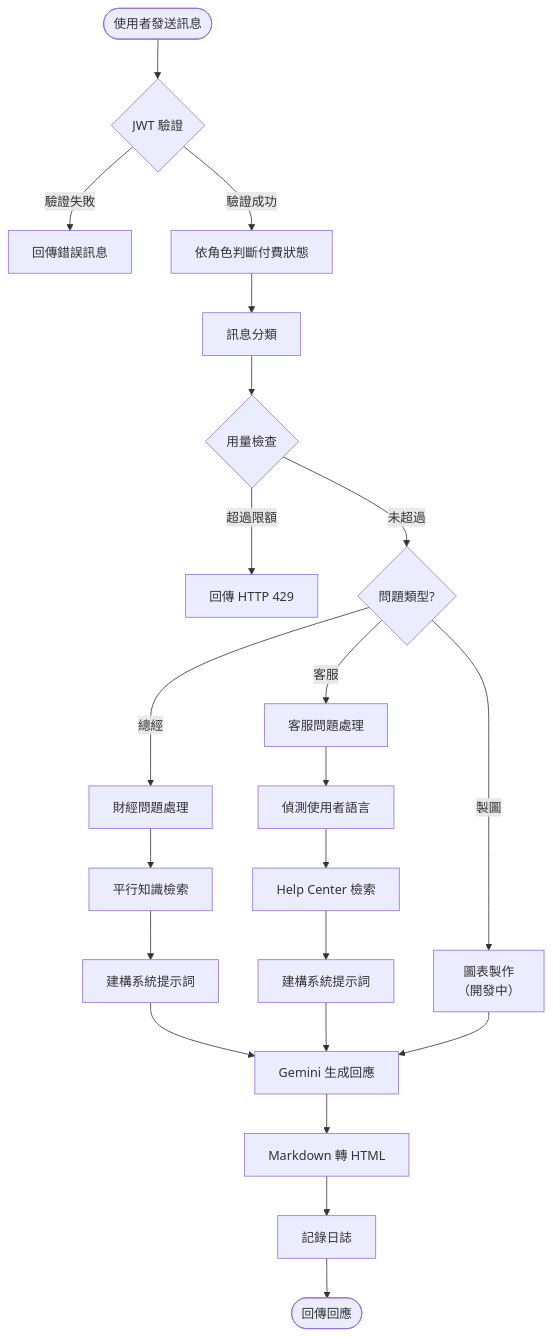
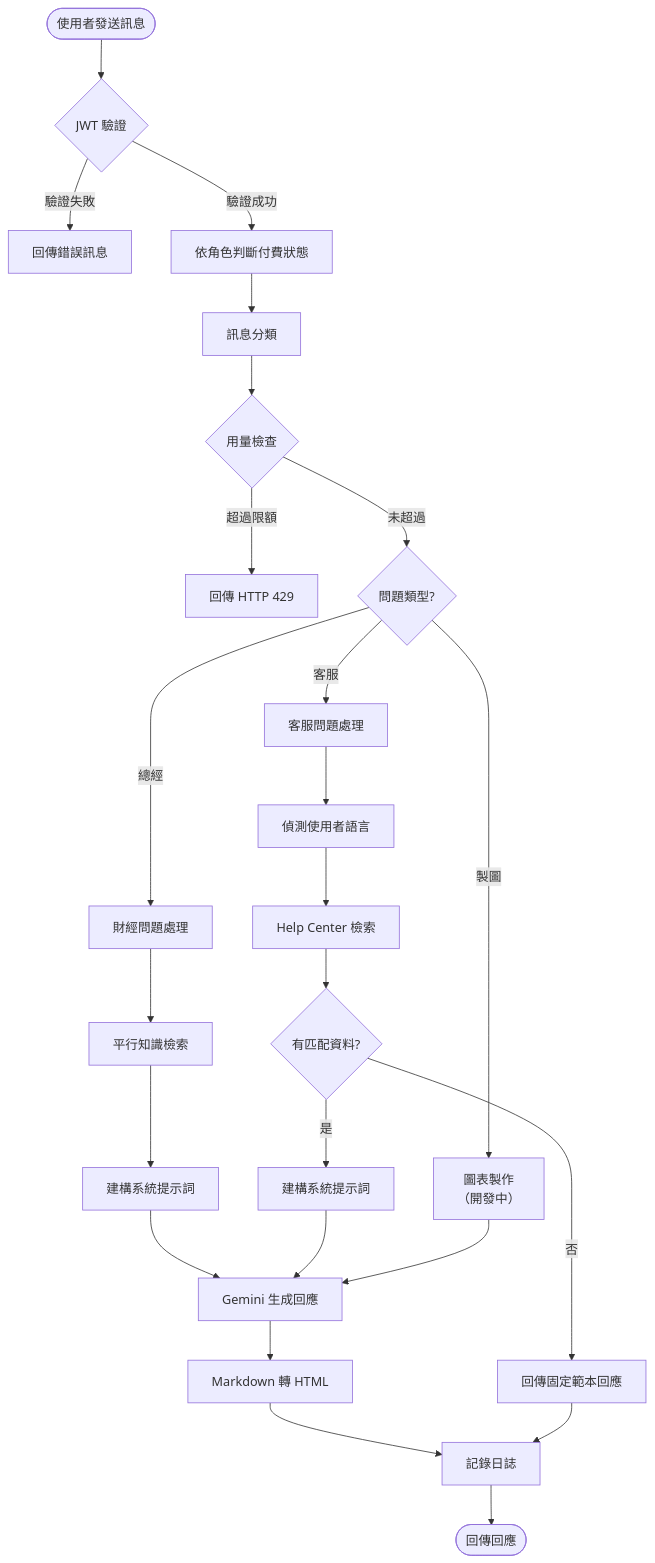
The second of 6 diagrams in ARCHITECTURE.md (x1001000/mm-madam-aws), drawn with Mermaid before and after one commit. The commit also changed other lines of this file and 1 other file, not shown here.

Commit message:
Return fixed template response for CUSTOMER_SERVICE without retrieval match
Skip Gemini entirely when Help Center retrieval finds no match for
customer service questions. Return a canned response based on language
(tc/sc/en) to eliminate hallucination risk. Both /chat and /chat-stream
endpoints handle the fallback with proper logging and token tracking.

````diff
--- a/ARCHITECTURE.md
+++ b/ARCHITECTURE.md
@@ -78,32 +78,35 @@
 ```mermaid
 flowchart TD
     Start([使用者發送訊息]) --> JWT{JWT 驗證}
 
     JWT -->|驗證失敗| Error[回傳錯誤訊息]
     JWT -->|驗證成功| CheckPaid[依角色判斷付費狀態]
 
     CheckPaid --> Classify[訊息分類]
 
     Classify --> UsageCheck{用量檢查}
     UsageCheck -->|超過限額| Block[回傳 HTTP 429]
     UsageCheck -->|未超過| Type{問題類型?}
 
     Type -->|總經| Financial[財經問題處理]
     Type -->|客服| Support[客服問題處理]
     Type -->|製圖| Chart[圖表製作<br/>（開發中）]
 
     Financial --> ParallelRAG[平行知識檢索]
     ParallelRAG --> BuildPrompt1[建構系統提示詞]
 
     Support --> DetectLang[偵測使用者語言]
     DetectLang --> HelpCenterRAG[Help Center 檢索]
-    HelpCenterRAG --> BuildPrompt2[建構系統提示詞]
+    HelpCenterRAG --> HCMatch{有匹配資料?}
+    HCMatch -->|是| BuildPrompt2[建構系統提示詞]
+    HCMatch -->|否| Template[回傳固定範本回應]
 
     BuildPrompt1 --> Generate[Gemini 生成回應]
     BuildPrompt2 --> Generate
     Chart --> Generate
 
     Generate --> Convert[Markdown 轉 HTML]
     Convert --> Log[記錄日誌]
     Log --> Response([回傳回應])
+    Template --> Log
 ```
````
